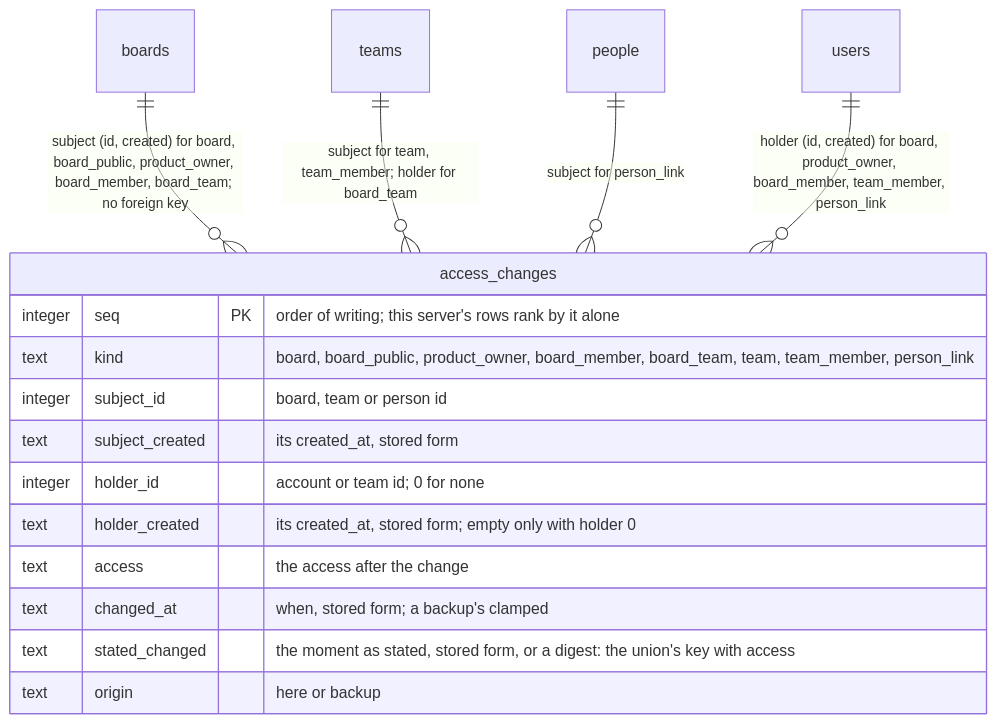
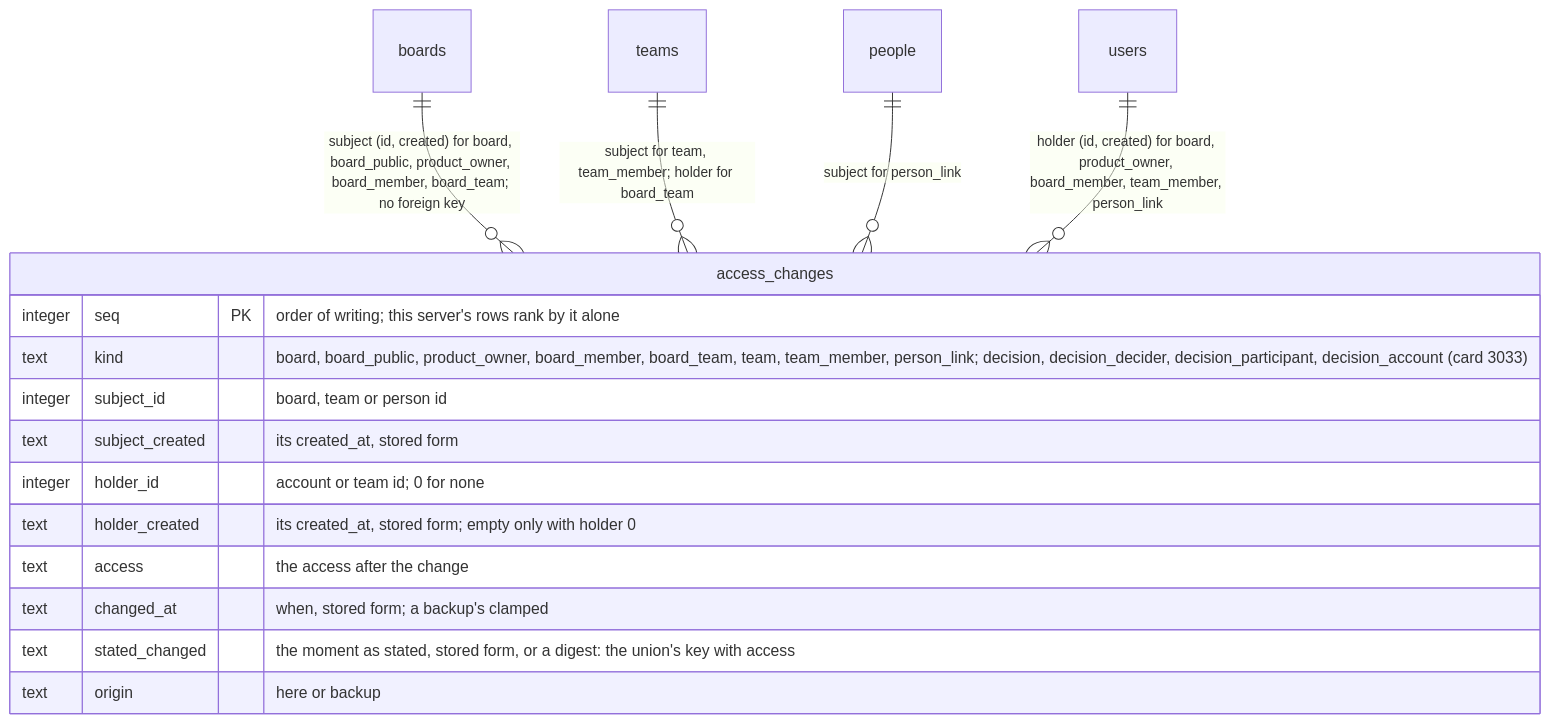
Before and after one commit to gitBoon/DumpFire: diagram 23 of 52 in docs/data-model.md, drawn with Mermaid. The commit also changed other lines of this file and 31 other files, not shown here.

````diff
--- a/docs/data-model.md
+++ b/docs/data-model.md
@@ -1895,19 +1896,19 @@
 ```mermaid
 erDiagram
     boards ||--o{ access_changes : "subject (id, created) for board, board_public, product_owner, board_member, board_team; no foreign key"
     teams ||--o{ access_changes : "subject for team, team_member; holder for board_team"
     people ||--o{ access_changes : "subject for person_link"
     users ||--o{ access_changes : "holder (id, created) for board, product_owner, board_member, team_member, person_link"
     access_changes {
         integer seq PK "order of writing; this server's rows rank by it alone"
-        text kind "board, board_public, product_owner, board_member, board_team, team, team_member, person_link"
+        text kind "board, board_public, product_owner, board_member, board_team, team, team_member, person_link; decision, decision_decider, decision_participant, decision_account (card 3033)"
         integer subject_id "board, team or person id"
         text subject_created "its created_at, stored form"
         integer holder_id "account or team id; 0 for none"
         text holder_created "its created_at, stored form; empty only with holder 0"
         text access "the access after the change"
         text changed_at "when, stored form; a backup's clamped"
         text stated_changed "the moment as stated, stored form, or a digest: the union's key with access"
         text origin "here or backup"
     }
 ```
````
